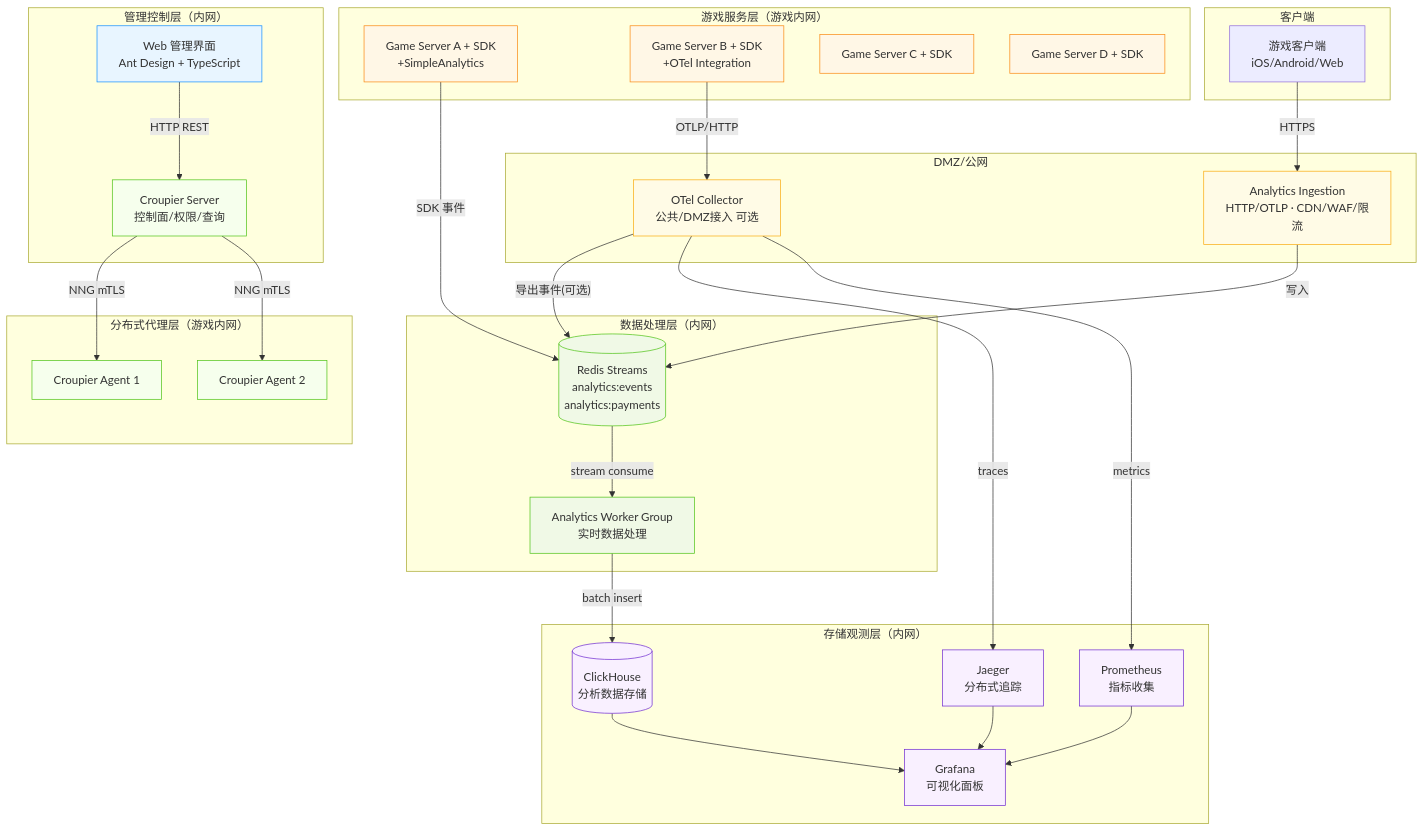
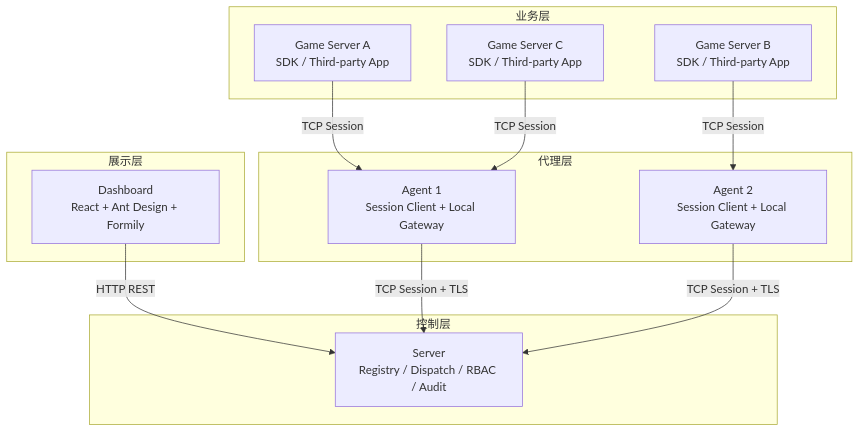
One commit to cuihairu/croupier changed the diagram in README.md. Above: the diagram before and after it, drawn with Mermaid. The commit also changed other lines of this file and 63 other files, not shown here.

First line of the commit message:
feat: implement P2+P3 TCP session infrastructure (Phase A+B)

````diff
--- a/README.md
+++ b/README.md
@@ -67,72 +30,28 @@
 ```mermaid
 graph TB
-  subgraph "客户端"
-    Client[游戏客户端<br/>iOS/Android/Web]
+  subgraph "展示层"
+    UI[Dashboard<br/>React + Ant Design + Formily]
   end
 
-  subgraph "管理控制层（内网）"
-    UI[Web 管理界面<br/>Ant Design + TypeScript]
-    Server[Croupier Server<br/>控制面/权限/查询]
+  subgraph "控制层"
+    Server[Server<br/>Registry / Dispatch / RBAC / Audit]
   end
 
-  subgraph "DMZ/公网"
-    Ingest[Analytics Ingestion<br/>HTTP/OTLP · CDN/WAF/限流]
-    OtelColPub[OTel Collector<br/>公共/DMZ接入 可选]
+  subgraph "代理层"
+    Agent1[Agent 1<br/>Session Client + Local Gateway]
+    Agent2[Agent 2<br/>Session Client + Local Gateway]
   end
 
-  subgraph "分布式代理层（游戏内网）"
-    A1[Croupier Agent 1]
-    A2[Croupier Agent 2]
-  end
-
-  subgraph "游戏服务层（游戏内网）"
-    GS1[Game Server A + SDK<br/>+SimpleAnalytics]
-    GS2[Game Server B + SDK<br/>+OTel Integration]
-    GS3[Game Server C + SDK]
-    GS4[Game Server D + SDK]
-  end
-
-  subgraph "数据处理层（内网）"
-    Redis[(Redis Streams<br/>analytics:events<br/>analytics:payments)]
-    Worker[Analytics Worker Group<br/>实时数据处理]
-  end
-
-  subgraph "存储观测层（内网）"
-    ClickHouse[(ClickHouse<br/>分析数据存储)]
-    Jaeger[Jaeger<br/>分布式追踪]
-    Prometheus[Prometheus<br/>指标收集]
-    Grafana[Grafana<br/>可视化面板]
+  subgraph "业务层"
+    GS1[Game Server A<br/>SDK / Third-party App]
+    GS2[Game Server B<br/>SDK / Third-party App]
+    GS3[Game Server C<br/>SDK / Third-party App]
   end
 
   UI -->|HTTP REST| Server
-  Server -->|NNG mTLS| A1
-  Server -->|NNG mTLS| A2
-  Client -->|HTTPS| Ingest
-  GS1 -->|SDK 事件| Redis
-  GS2 -->|OTLP/HTTP| OtelColPub
-  Ingest -->|写入| Redis
-  OtelColPub -- "导出事件(可选)" --> Redis
-  Redis -->|stream consume| Worker
-  Worker -->|batch insert| ClickHouse
-  OtelColPub -->|traces| Jaeger
-  OtelColPub -->|metrics| Prometheus
-  Prometheus --> Grafana
-  Jaeger --> Grafana
-  ClickHouse --> Grafana
-
-  classDef ui fill:#e8f5ff,stroke:#1890ff
-  classDef server fill:#f6ffed,stroke:#52c41a
-  classDef agent fill:#f6ffed,stroke:#52c41a
-  classDef game fill:#fff7e6,stroke:#fa8c16
-  classDef data fill:#f0f9e6,stroke:#52c41a
-  classDef storage fill:#f9f0ff,stroke:#722ed1
-  classDef dmz fill:#fffbe6,stroke:#faad14
-
-  class UI ui
-  class Server server
-  class A1,A2 agent
-  class GS1,GS2,GS3,GS4 game
-  class Redis,Worker data
-  class ClickHouse,Jaeger,Prometheus,Grafana storage
-  class Ingest,OtelColPub dmz
+  Agent1 -->|TCP Session + TLS| Server
+  Agent2 -->|TCP Session + TLS| Server
+  GS1 -->|TCP Session| Agent1
+  GS2 -->|TCP Session| Agent2
+  GS3 -->|TCP Session| Agent1
 ```
````
